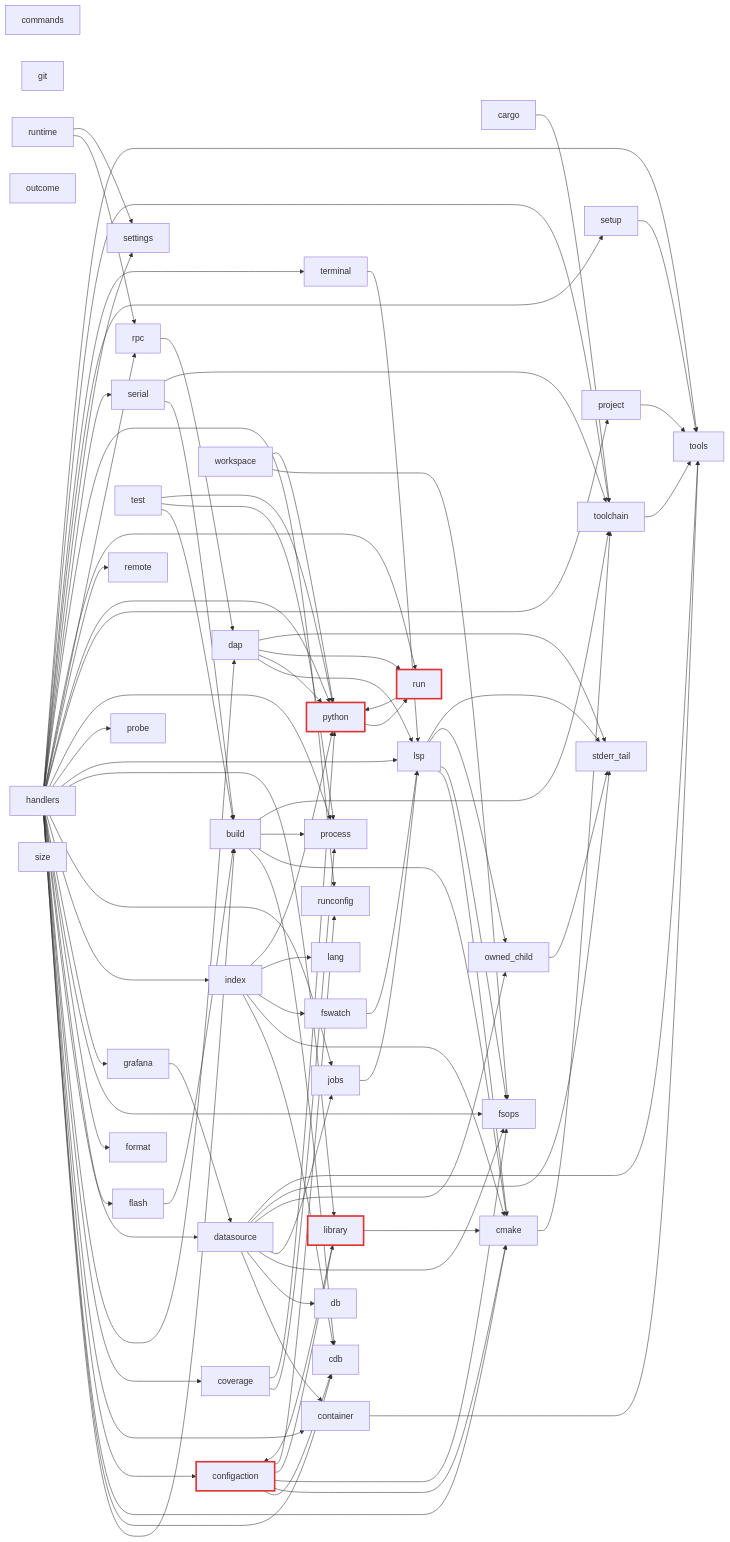
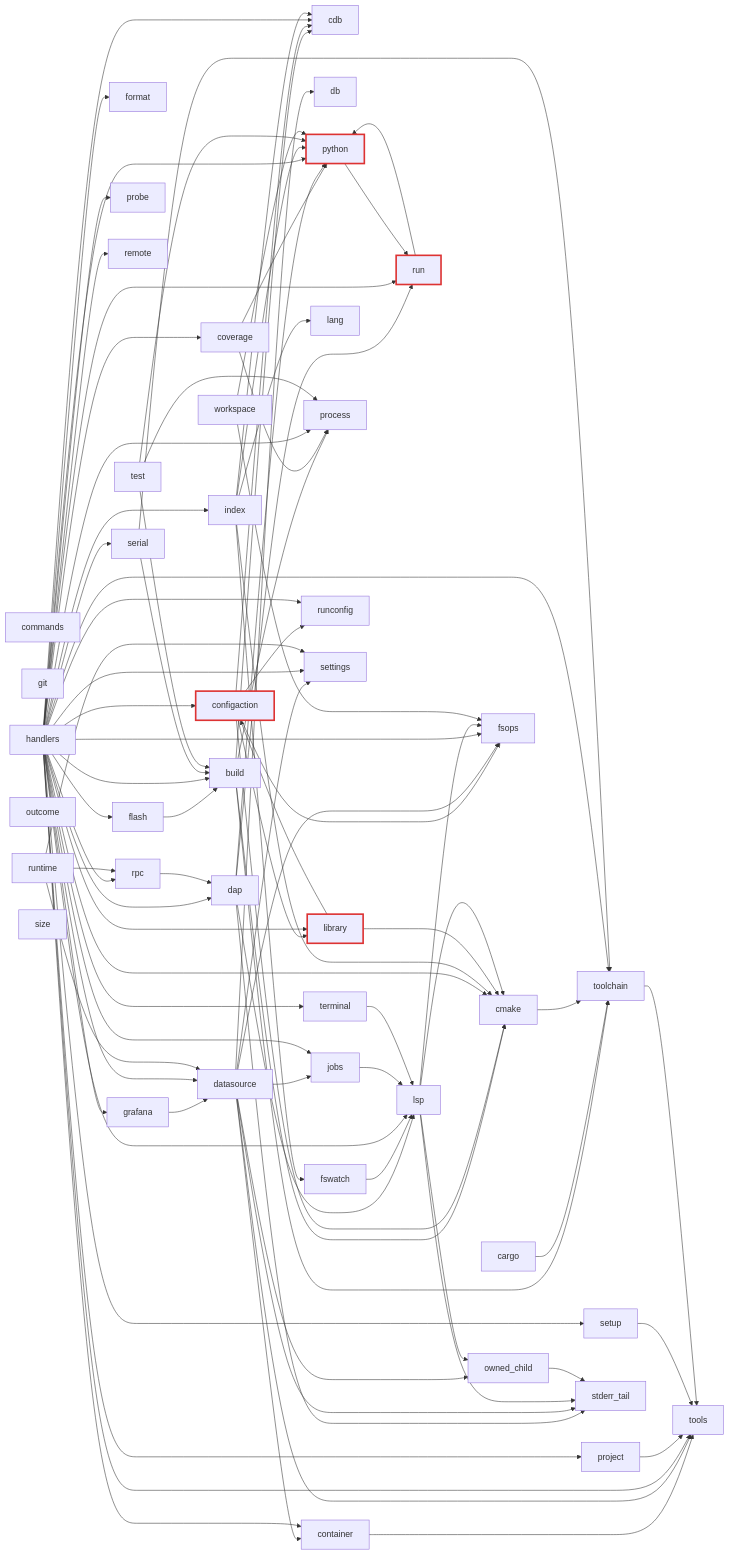
One commit to ViktorWalde/KineinVectis changed the third of 16 diagrams in DocsPublic/arquitetura/01-mapa-de-modulos.md. Above: the diagram before and after it, drawn with Mermaid. The commit also changed other lines of this file and 33 other files, not shown here.

```diff
--- a/DocsPublic/arquitetura/01-mapa-de-modulos.md
+++ b/DocsPublic/arquitetura/01-mapa-de-modulos.md
@@ -152,6 +152,7 @@
   n_core_datasource --> n_core_fsops
   n_core_datasource --> n_core_jobs
   n_core_datasource --> n_core_owned_child
+  n_core_datasource --> n_core_settings
   n_core_datasource --> n_core_stderr_tail
   n_core_datasource --> n_core_tools
   n_core_flash --> n_core_build
@@ -204,6 +205,7 @@
   n_core_python --> n_core_run
   n_core_rpc --> n_core_dap
   n_core_run --> n_core_python
+  n_core_runtime --> n_core_datasource
   n_core_runtime --> n_core_rpc
   n_core_runtime --> n_core_settings
   n_core_serial --> n_core_build
```
